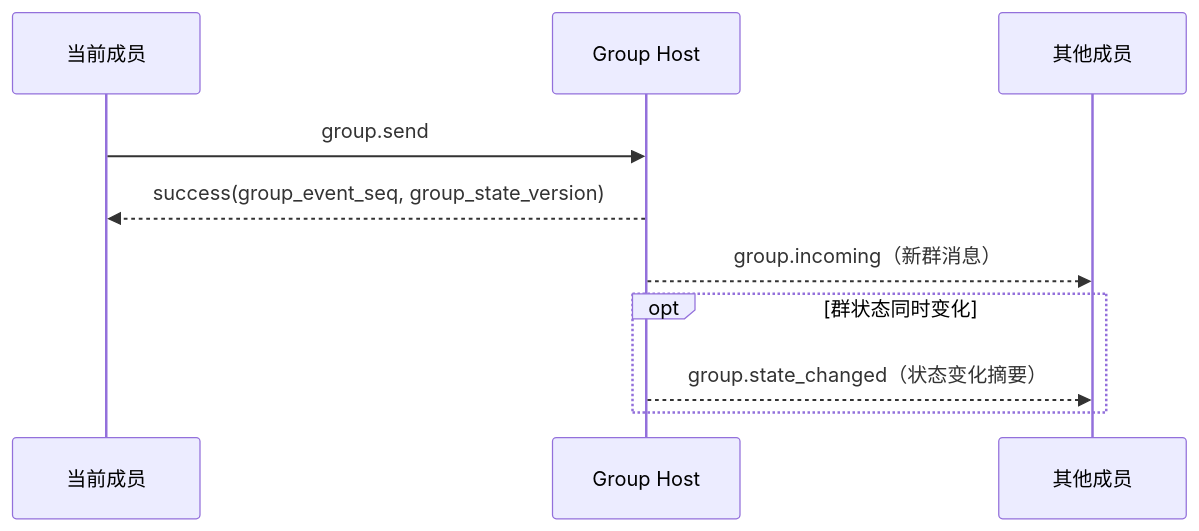
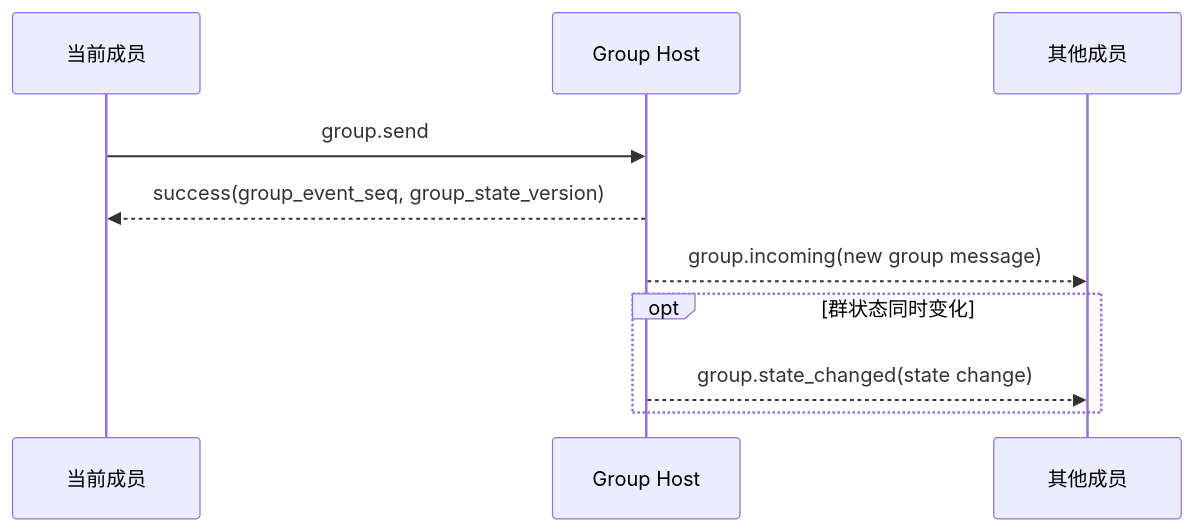
Before and after one commit to NeatNerdPrime/AgentNetworkProtocol: the seventh of 7 diagrams in chinese/message/04-群组基础语义.md, drawn with Mermaid. The commit also changed other lines of this file and 3 other files, not shown here.

````diff
--- a/chinese/message/04-群组基础语义.md
+++ b/chinese/message/04-群组基础语义.md
@@ -1652,13 +1309,13 @@
 ```mermaid
 sequenceDiagram
     participant Sender as 当前成员
     participant Host as Group Host
     participant Members as 其他成员
 
     Sender->>Host: group.send
     Host-->>Sender: success(group_event_seq, group_state_version)
-    Host-->>Members: group.incoming（新群消息）
+    Host-->>Members: group.incoming(new group message)
     opt 群状态同时变化
-        Host-->>Members: group.state_changed（状态变化摘要）
+        Host-->>Members: group.state_changed(state change)
     end
 ```
````
